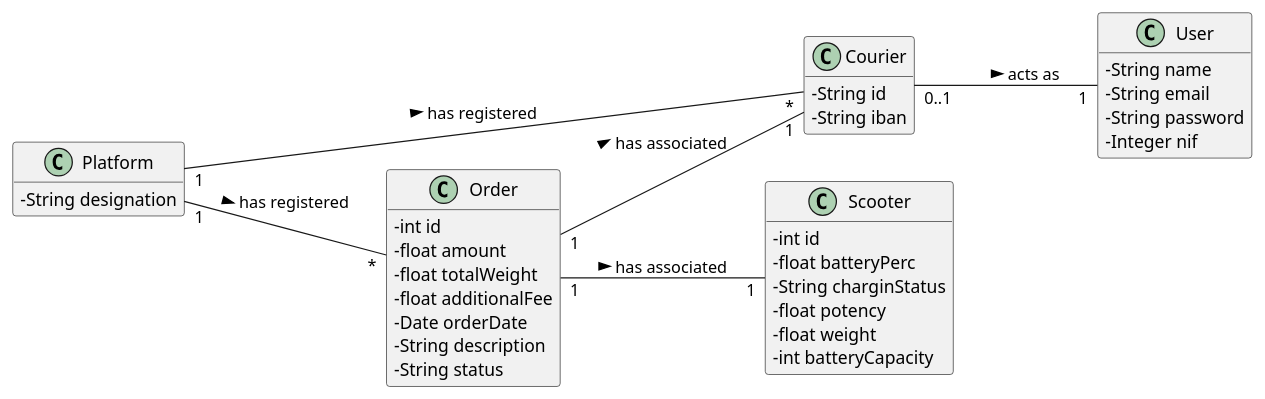
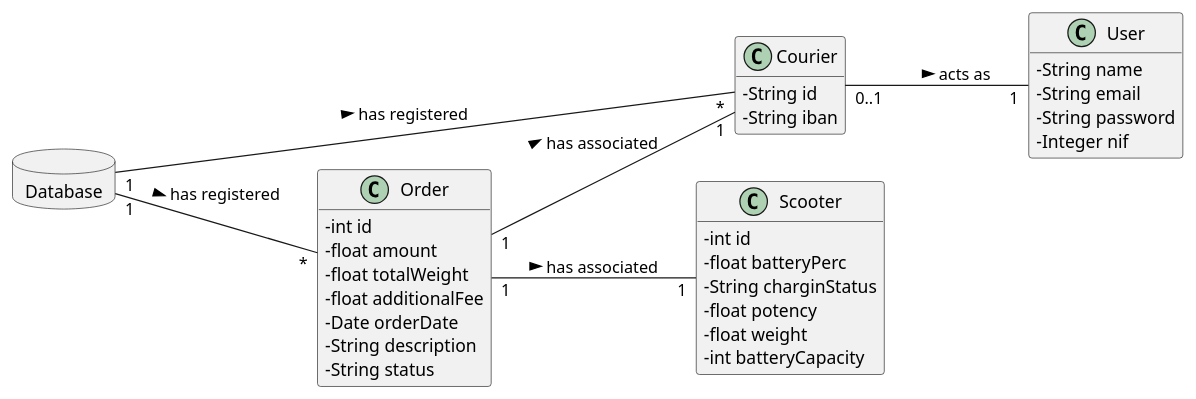
Before and after one commit to tiagoavcosta25/LAPR3: the diagram in docs/Iteration 2/Delivery Management/Refinement/US55_MaxPayload/US55_DM.puml, drawn with PlantUML. The commit also changed 18 other files, not shown here.

Commit message:
LAPR2AP2-48 #refining design and fix all diagrams [Design] LAPR2AP2-121 #refining design and fix all diagrams [Design] LAPR2AP2-127 #refining design and fix all diagrams [Design]

```diff
--- a/docs/Iteration 2/Delivery Management/Refinement/US55_MaxPayload/US55_DM.puml
+++ b/docs/Iteration 2/Delivery Management/Refinement/US55_MaxPayload/US55_DM.puml
@@ -1,44 +1,43 @@
 @startuml
 skinparam classAttributeIconSize 0
 hide methods
 left to right direction
 
-class Platform {
--   String designation
+database Database {
 }
 
 class User{
 -   String name
 -   String email
 -   String password
 -   Integer nif
 }
 class Courier {
       -String id
       -String iban
 }
 class Scooter{
   -int id
   -float batteryPerc
   -String charginStatus
   -float potency
   -float weight
   -int batteryCapacity
 }
 
 class Order{
 -   int id
 -   float amount
 -   float totalWeight
 -   float additionalFee
 -   Date orderDate
 -   String description
 -   String status
 }
 
-Platform "1" -- "*" Courier : has registered >
-Platform "1" -- "*" Order : has registered >
+Database "1" -- "*" Courier : has registered >
+Database "1" -- "*" Order : has registered >
 Courier "0..1" -- "1" User: acts as >
 Order "1" -- "1" Scooter : has associated >
 Order "1" -- "1" Courier : has associated >
 @enduml
```
